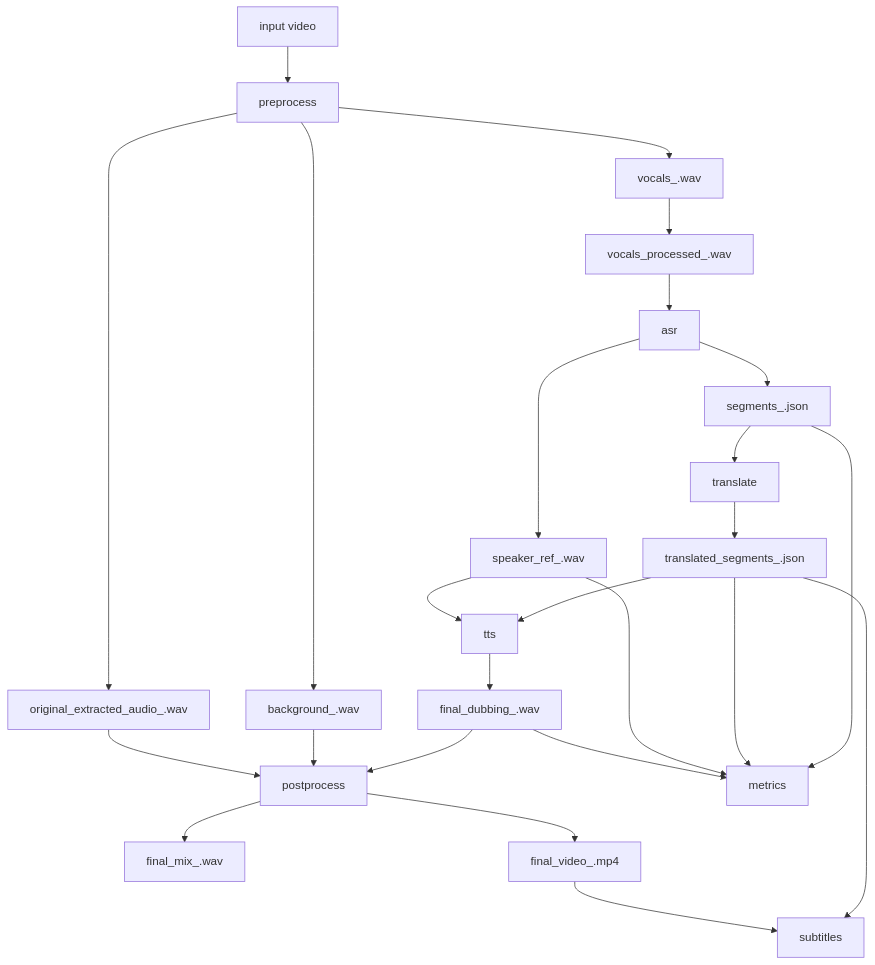
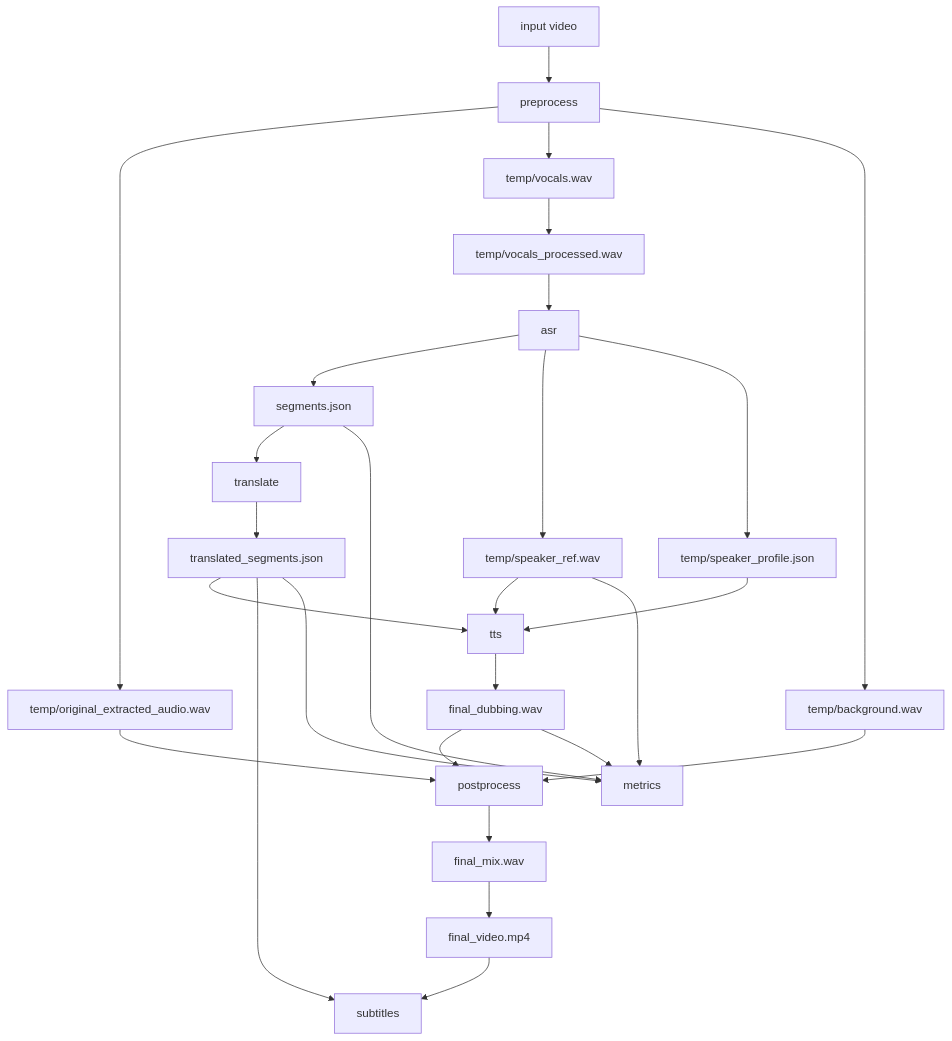
Before and after one commit to SemyaN1el/vid_dub: the diagram in ENGINEERING_MAP.md, drawn with Mermaid. The commit also changed other lines of this file and 3 other files, not shown here.

````diff
--- a/ENGINEERING_MAP.md
+++ b/ENGINEERING_MAP.md
@@ -22,27 +20,29 @@
 ```mermaid
 flowchart TD
     A["input video"] --> B["preprocess"]
-    B --> C["original_extracted_audio_<job>.wav"]
-    B --> D["vocals_<job>.wav"]
-    B --> E["background_<job>.wav"]
-    D --> F["vocals_processed_<job>.wav"]
+    B --> C["temp/original_extracted_audio.wav"]
+    B --> D["temp/vocals.wav"]
+    B --> E["temp/background.wav"]
+    D --> F["temp/vocals_processed.wav"]
     F --> G["asr"]
-    G --> H["segments_<job>.json"]
-    G --> I["speaker_ref_<job>.wav"]
-    H --> J["translate"]
-    J --> K["translated_segments_<job>.json"]
-    K --> L["tts"]
-    I --> L
-    L --> M["final_dubbing_<job>.wav"]
-    M --> N["postprocess"]
-    E --> N
-    C --> N
-    N --> O["final_mix_<job>.wav"]
-    N --> P["final_video_<job>.mp4"]
-    H --> Q["metrics"]
-    K --> Q
-    I --> Q
-    M --> Q
-    K --> R["subtitles"]
-    P --> R
+    G --> H["segments.json"]
+    G --> I["temp/speaker_ref.wav"]
+    G --> J["temp/speaker_profile.json"]
+    H --> K["translate"]
+    K --> L["translated_segments.json"]
+    L --> M["tts"]
+    I --> M
+    J --> M
+    M --> N["final_dubbing.wav"]
+    N --> O["postprocess"]
+    E --> O
+    C --> O
+    O --> P["final_mix.wav"]
+    P --> Q["final_video.mp4"]
+    Q --> R["subtitles"]
+    L --> R
+    H --> S["metrics"]
+    L --> S
+    I --> S
+    N --> S
 ```
````
